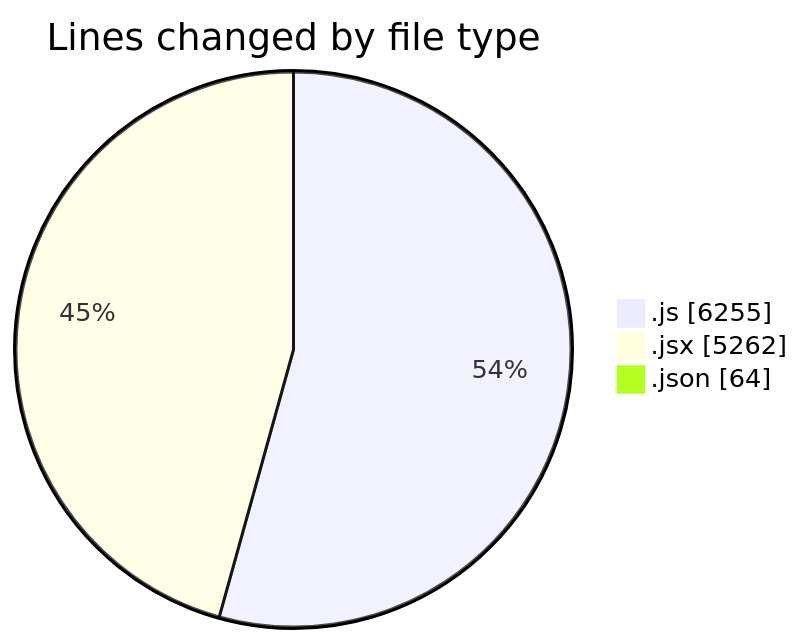
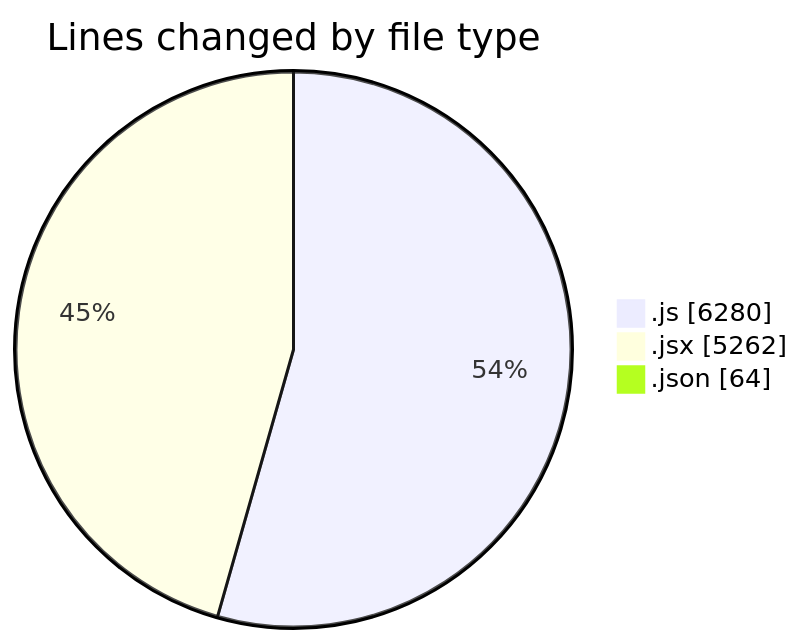
Before and after one commit to nxtqubesakshisongat/code-tracking: the first of 2 diagrams in 2025-08-07/nxtqube_webapp/README.md, drawn with Mermaid. The commit also changed other lines of this file and 1 other file, not shown here.

````diff
--- a/2025-08-07/nxtqube_webapp/README.md
+++ b/2025-08-07/nxtqube_webapp/README.md
@@ -25,7 +25,7 @@
 ```mermaid
 pie showData
 title Lines changed by file type
-".js" : 6255
+".js" : 6280
 ".jsx" : 5262
 ".json" : 64
 ```
````
